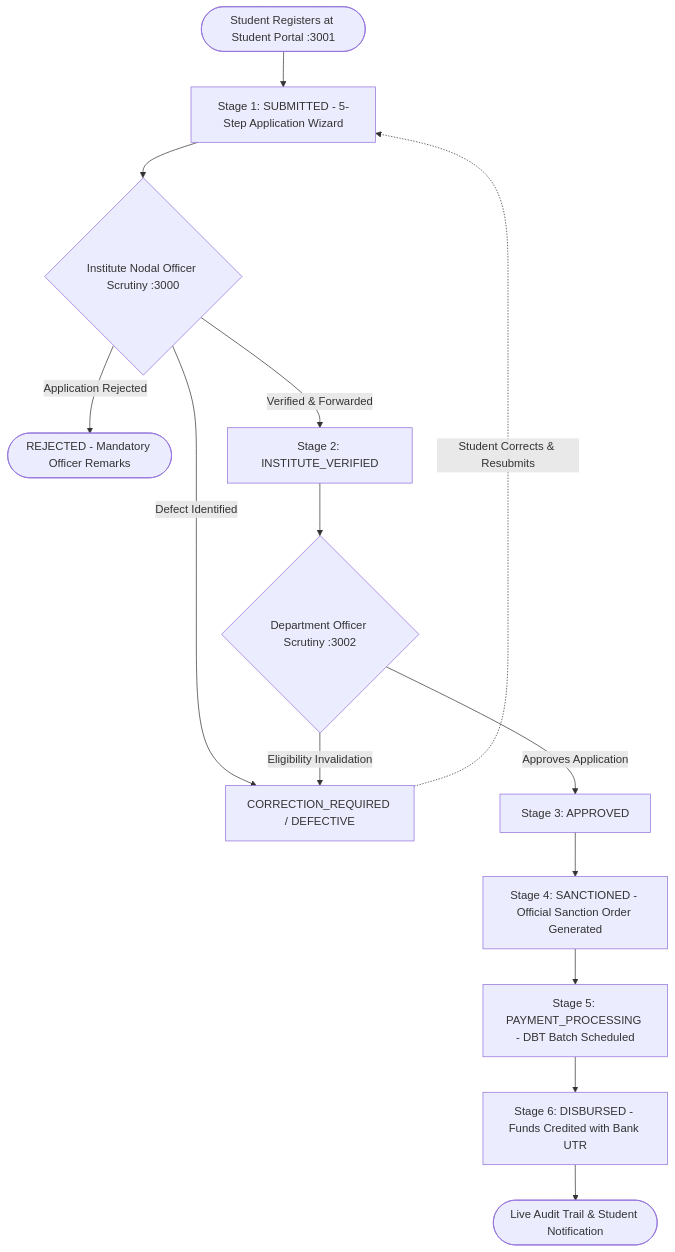
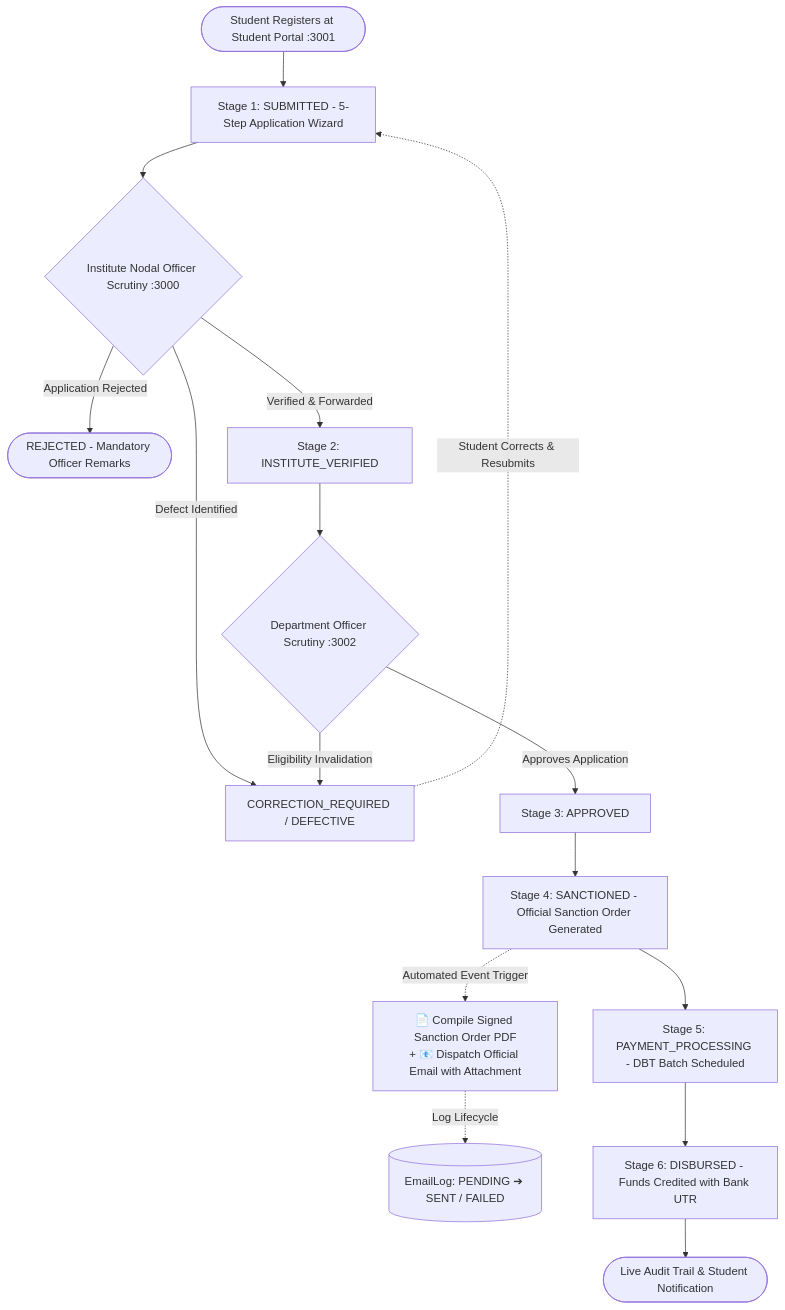
The first of 2 diagrams in README.md (thilak-1706/integrated_scholarship_portal), drawn with Mermaid before and after one commit. The commit also changed other lines of this file and 31 other files, not shown here.

````diff
--- a/README.md
+++ b/README.md
@@ -52,16 +64,18 @@
 ```mermaid
 flowchart TD
     A([Student Registers at Student Portal :3001]) --> B[Stage 1: SUBMITTED - 5-Step Application Wizard]
     B --> C{Institute Nodal Officer Scrutiny :3000}
     C -- Defect Identified --> D[CORRECTION_REQUIRED / DEFECTIVE]
     D -. Student Corrects & Resubmits .-> B
     C -- Application Rejected --> R([REJECTED - Mandatory Officer Remarks])
     C -- Verified & Forwarded --> E[Stage 2: INSTITUTE_VERIFIED]
     E --> F{Department Officer Scrutiny :3002}
     F -- Eligibility Invalidation --> D
     F -- Approves Application --> G[Stage 3: APPROVED]
     G --> H[Stage 4: SANCTIONED - Official Sanction Order Generated]
+    H -. Automated Event Trigger .-> H1[📄 Compile Signed Sanction Order PDF<br/>+ 📧 Dispatch Official Email with Attachment]
+    H1 -. Log Lifecycle .-> H2[(EmailLog: PENDING ➔ SENT / FAILED)]
     H --> I[Stage 5: PAYMENT_PROCESSING - DBT Batch Scheduled]
     I --> J[Stage 6: DISBURSED - Funds Credited with Bank UTR]
     J --> K([Live Audit Trail & Student Notification])
 ```
````
